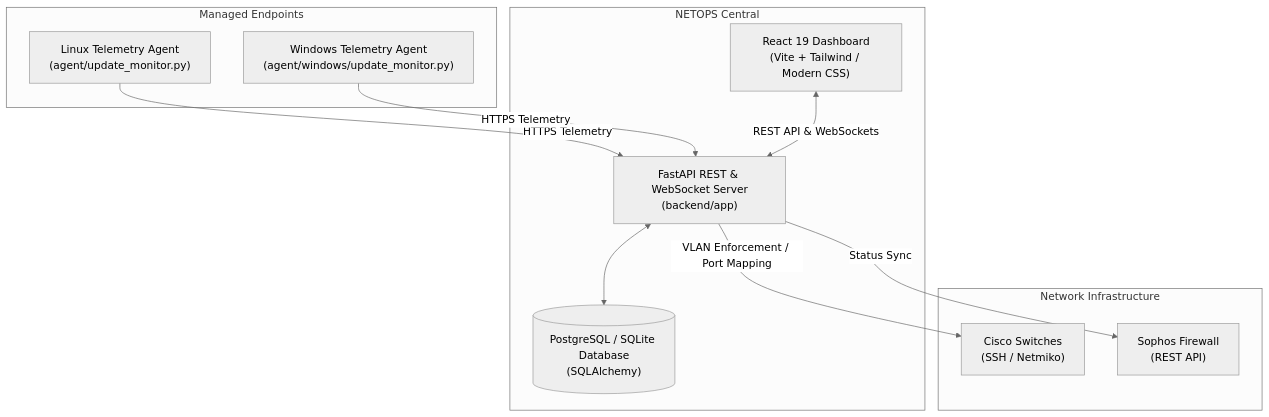
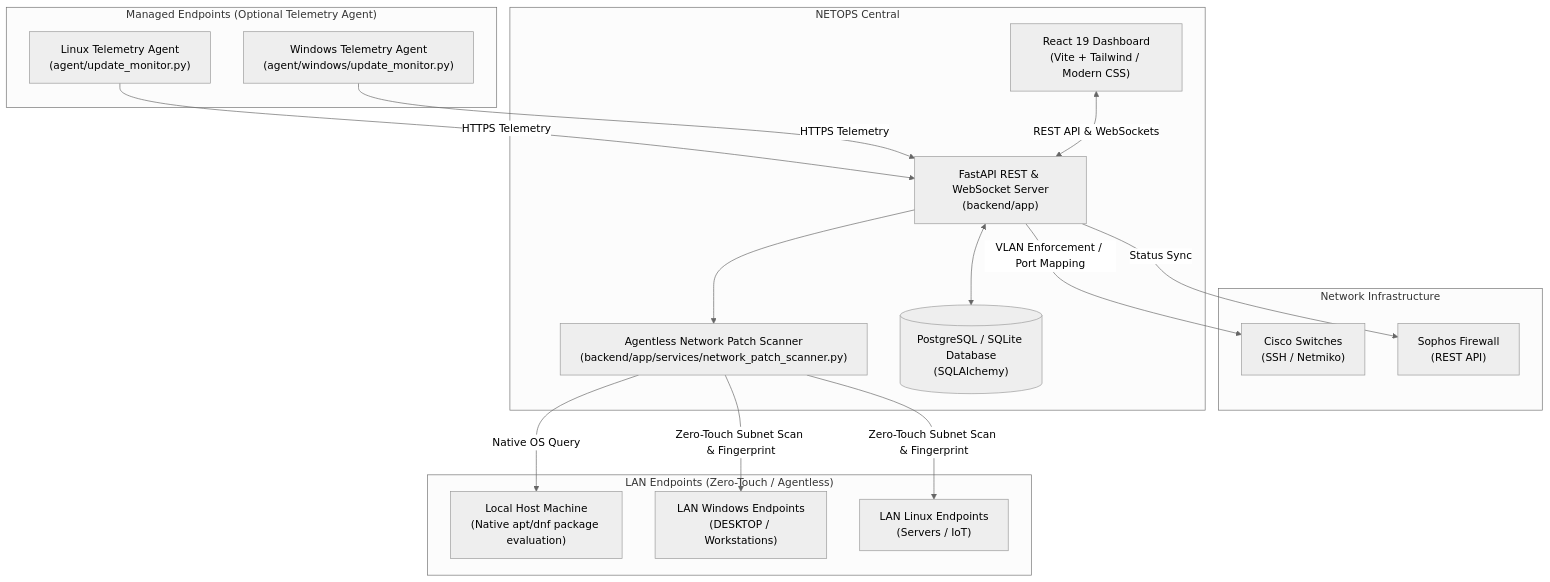
Before and after one commit to mwangirogers04-cloud/NETOPS: the diagram in README.md, drawn with Mermaid (neutral theme). The commit also changed other lines of this file, not shown here.

Commit message:
docs: document Agentless LAN Patch Assessment and update test count to 99

````diff
--- a/README.md
+++ b/README.md
@@ -42,25 +48,36 @@
 ```mermaid
 graph TD
-    subgraph "Managed Endpoints"
-        LinuxHost["Linux Telemetry Agent\n(agent/update_monitor.py)"]
-        WinHost["Windows Telemetry Agent\n(agent/windows/update_monitor.py)"]
+    subgraph "LAN Endpoints (Zero-Touch / Agentless)"
+        LocalHost["Local Host Machine\n(Native apt/dnf package evaluation)"]
+        WinHost["LAN Windows Endpoints\n(DESKTOP / Workstations)"]
+        LinuxRemote["LAN Linux Endpoints\n(Servers / IoT)"]
+    end
+
+    subgraph "Managed Endpoints (Optional Telemetry Agent)"
+        LinuxAgent["Linux Telemetry Agent\n(agent/update_monitor.py)"]
+        WinAgent["Windows Telemetry Agent\n(agent/windows/update_monitor.py)"]
     end
 
     subgraph "Network Infrastructure"
         Switch["Cisco Switches\n(SSH / Netmiko)"]
         Firewall["Sophos Firewall\n(REST API)"]
     end
 
     subgraph "NETOPS Central"
         Frontend["React 19 Dashboard\n(Vite + Tailwind / Modern CSS)"]
         Backend["FastAPI REST & WebSocket Server\n(backend/app)"]
+        PatchScanner["Agentless Network Patch Scanner\n(backend/app/services/network_patch_scanner.py)"]
         DB[("PostgreSQL / SQLite Database\n(SQLAlchemy)")]
     end
 
-    LinuxHost -->|HTTPS Telemetry| Backend
-    WinHost -->|HTTPS Telemetry| Backend
+    Backend --> PatchScanner
+    PatchScanner -->|Zero-Touch Subnet Scan & Fingerprint| WinHost
+    PatchScanner -->|Zero-Touch Subnet Scan & Fingerprint| LinuxRemote
+    PatchScanner -->|Native OS Query| LocalHost
+    LinuxAgent -->|HTTPS Telemetry| Backend
+    WinAgent -->|HTTPS Telemetry| Backend
     Backend -->|VLAN Enforcement / Port Mapping| Switch
     Backend -->|Status Sync| Firewall
     Frontend <-->|REST API & WebSockets| Backend
     Backend <--> DB
 ```
````
